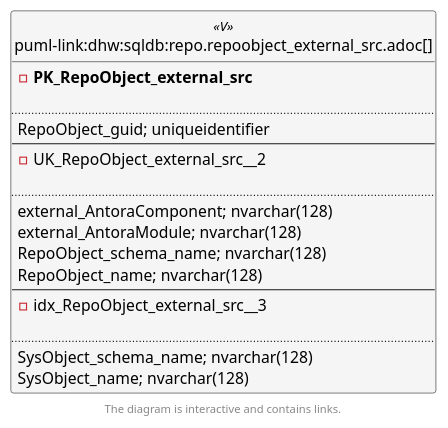
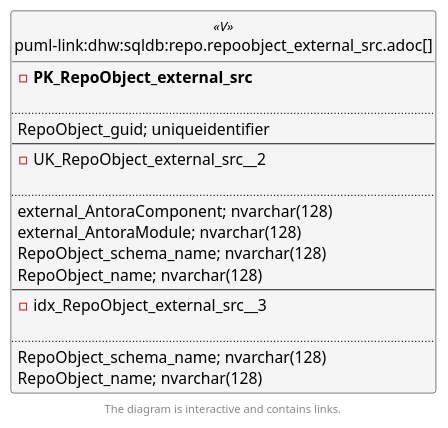
The second of 6 diagrams in docs/modules/sqldb/partials/content/repo.repoobject_external_src.adoc (DataHandwerk/dhw-antora-sqldb), drawn with PlantUML before and after one commit. The commit also changed other lines of this file and 701 other files, not shown here.

```diff
--- a/docs/modules/sqldb/partials/content/repo.repoobject_external_src.adoc
+++ b/docs/modules/sqldb/partials/content/repo.repoobject_external_src.adoc
@@ -821,57 +821,57 @@
 [plantuml, entity_1_1_fk-{docname}, svg, subs=macros]
 ....
 @startuml
 left to right direction
 'top to bottom direction
 hide circle
 'avoide "." issues:
 set namespaceSeparator none
 
 
 skinparam class {
   BackgroundColor White
   BackgroundColor<<FN>> Yellow
   BackgroundColor<<FS>> Yellow
   BackgroundColor<<FT>> LightGray
   BackgroundColor<<IF>> Yellow
   BackgroundColor<<IS>> Yellow
   BackgroundColor<<P>>  Aqua
   BackgroundColor<<PC>> Aqua
   BackgroundColor<<SN>> Yellow
   BackgroundColor<<SO>> SlateBlue
   BackgroundColor<<TF>> LightGray
   BackgroundColor<<TR>> Tomato
   BackgroundColor<<U>>  White
   BackgroundColor<<V>>  WhiteSmoke
   BackgroundColor<<X>>  Aqua
   BackgroundColor<<external>> AliceBlue
 }
 
 
 entity "puml-link:dhw:sqldb:repo.repoobject_external_src.adoc[]" as repo.RepoObject_external_src << V >> {
 - **PK_RepoObject_external_src**
 
 ..
 RepoObject_guid; uniqueidentifier
 --
 - UK_RepoObject_external_src__2
 
 ..
 external_AntoraComponent; nvarchar(128)
 external_AntoraModule; nvarchar(128)
 RepoObject_schema_name; nvarchar(128)
 RepoObject_name; nvarchar(128)
 --
 - idx_RepoObject_external_src__3
 
 ..
-SysObject_schema_name; nvarchar(128)
-SysObject_name; nvarchar(128)
+RepoObject_schema_name; nvarchar(128)
+RepoObject_name; nvarchar(128)
 }
 
 
 
 footer The diagram is interactive and contains links.
 
 @enduml
 ....
```
